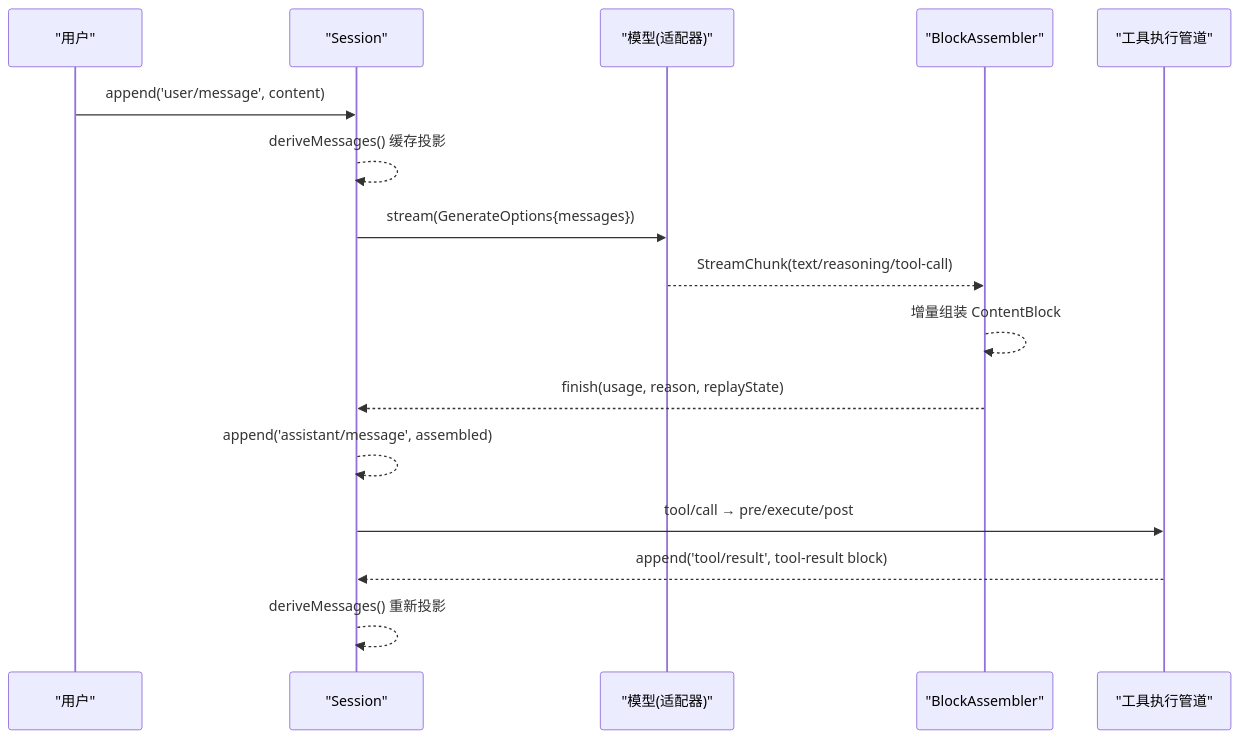
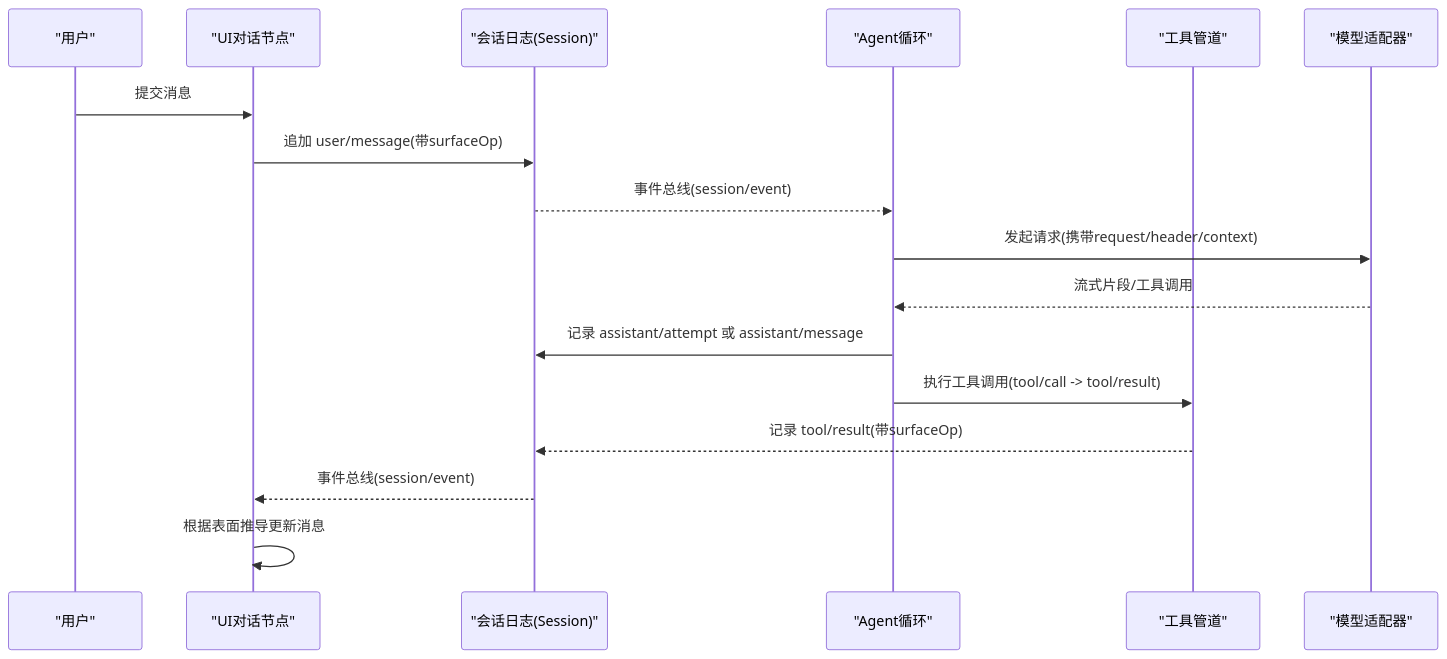
The second of 7 diagrams in .qoder/repowiki/zh/content/架构设计/数据流设计.md (frendyxzc/deepseek-harness), drawn with Mermaid before and after one commit. The commit also changed other lines of this file and 448 other files, not shown here.

````diff
--- a/.qoder/repowiki/zh/content/架构设计/数据流设计.md
+++ b/.qoder/repowiki/zh/content/架构设计/数据流设计.md
@@ -87,18 +84,19 @@
 ```mermaid
 sequenceDiagram
 participant U as "用户"
-participant S as "Session"
-participant M as "模型(适配器)"
-participant A as "BlockAssembler"
-participant T as "工具执行管道"
-U->>S : append('user/message', content)
-S-->>S : deriveMessages() 缓存投影
-S->>M : stream(GenerateOptions{messages})
-M-->>A : StreamChunk(text/reasoning/tool-call)
-A-->>A : 增量组装 ContentBlock
-A-->>S : finish(usage, reason, replayState)
-S-->>S : append('assistant/message', assembled)
-S->>T : tool/call → pre/execute/post
-T-->>S : append('tool/result', tool-result block)
-S-->>S : deriveMessages() 重新投影
+participant UI as "UI对话节点"
+participant SL as "会话日志(Session)"
+participant AL as "Agent循环"
+participant TR as "工具管道"
+participant LLM as "模型适配器"
+U->>UI : 提交消息
+UI->>SL : 追加 user/message(带surfaceOp)
+SL-->>AL : 事件总线(session/event)
+AL->>LLM : 发起请求(携带request/header/context)
+LLM-->>AL : 流式片段/工具调用
+AL->>SL : 记录 assistant/attempt 或 assistant/message
+AL->>TR : 执行工具调用(tool/call -> tool/result)
+TR-->>SL : 记录 tool/result(带surfaceOp)
+SL-->>UI : 事件总线(session/event)
+UI->>UI : 根据表面推导更新消息
 ```
````
